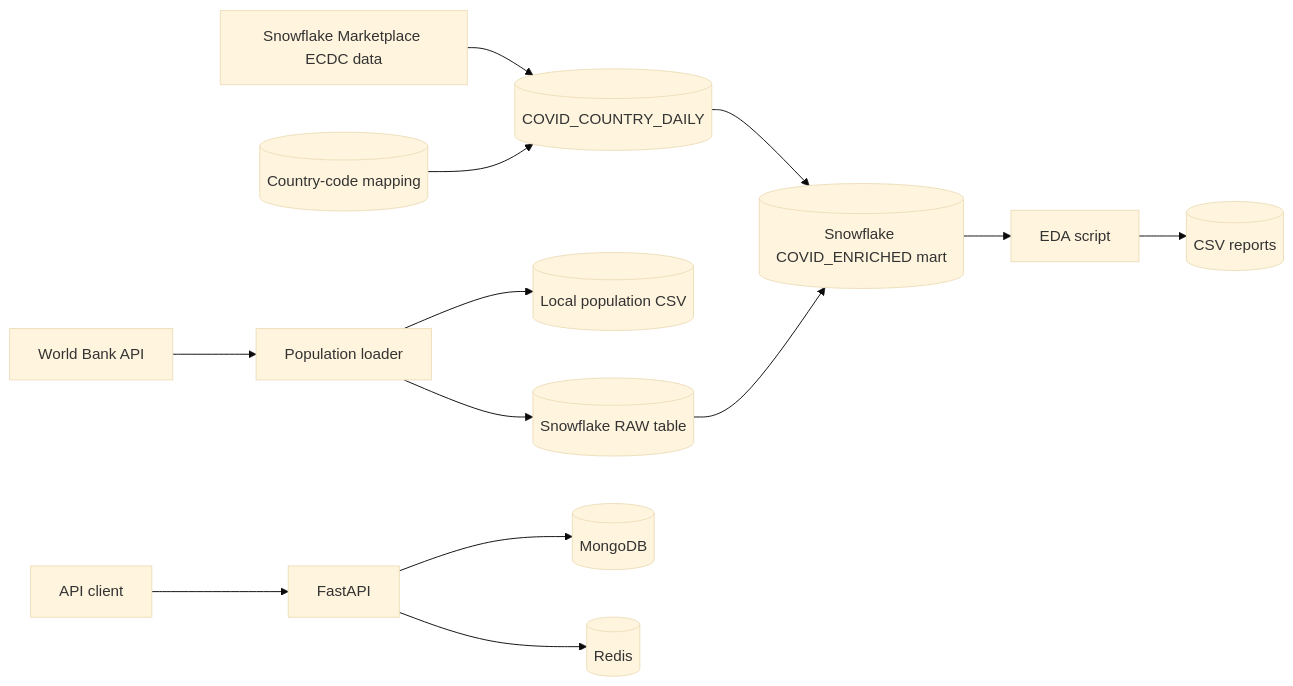
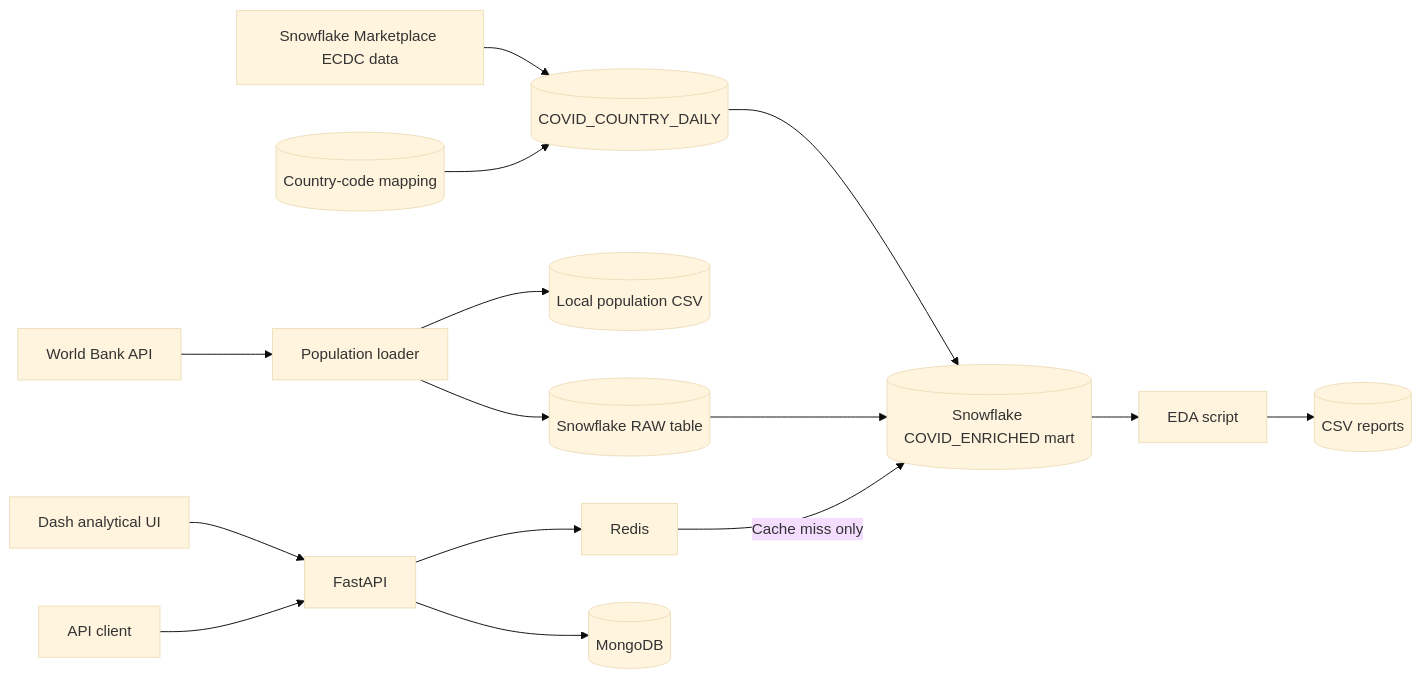
One commit to synku20777/bootcamp-project changed the diagram in README.md. Above: the diagram before and after it, drawn with Mermaid (base theme). The commit also changed other lines of this file and 45 other files, not shown here.

````diff
--- a/README.md
+++ b/README.md
@@ -33,16 +42,18 @@
 ```mermaid
 flowchart LR
     Market[Snowflake Marketplace ECDC data] --> Staging[(COVID_COUNTRY_DAILY)]
     Mapping[(Country-code mapping)] --> Staging
     WB[World Bank API] --> Loader[Population loader]
     Loader --> CSV[(Local population CSV)]
     Loader --> Raw[(Snowflake RAW table)]
     Staging --> Marts[(Snowflake COVID_ENRICHED mart)]
     Raw --> Marts
     Marts --> EDA[EDA script]
     EDA --> Reports[(CSV reports)]
 
-    Client[API client] --> API[FastAPI]
+    Browser[Dash analytical UI] --> API[FastAPI]
+    Client[API client] --> API
+    API --> Redis
+    Redis -->|Cache miss only| Marts
     API --> Mongo[(MongoDB)]
-    API --> Redis[(Redis)]
 ```
````
